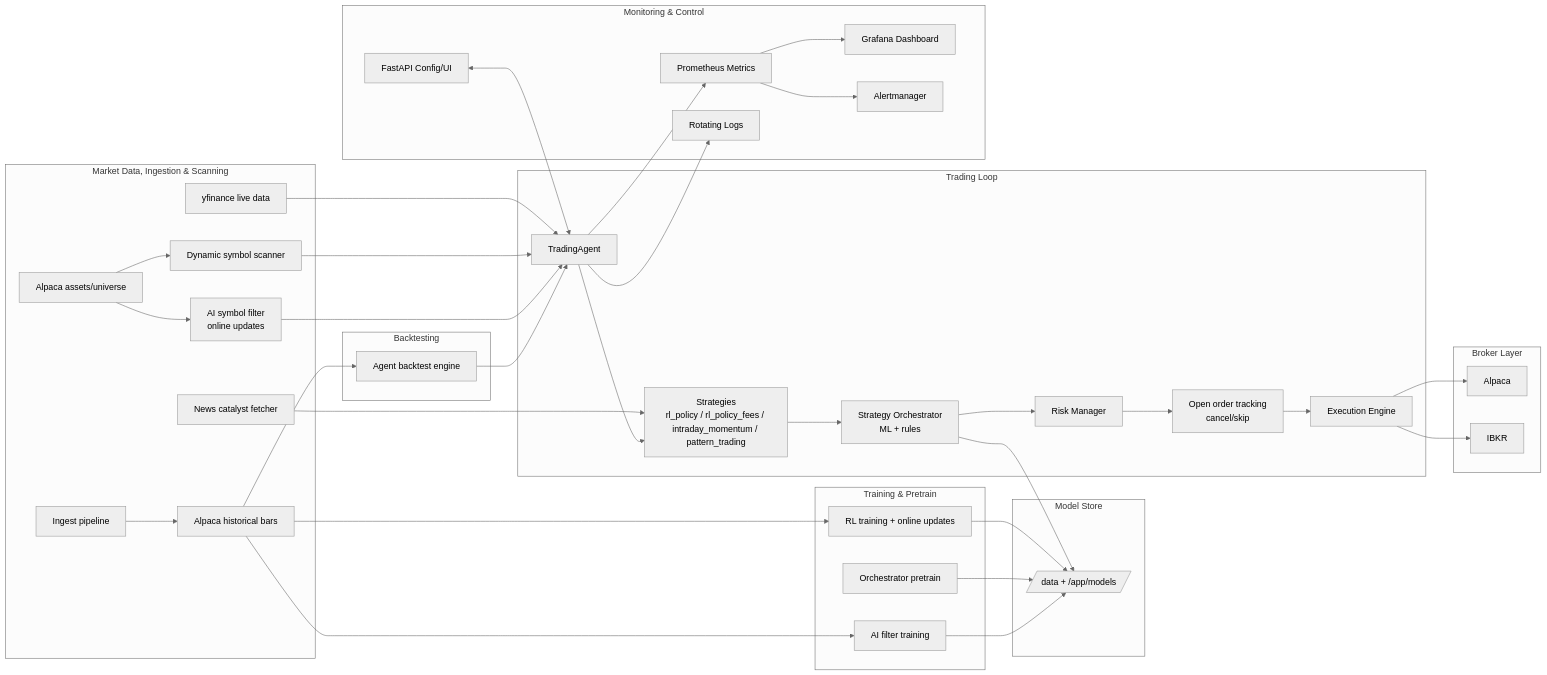
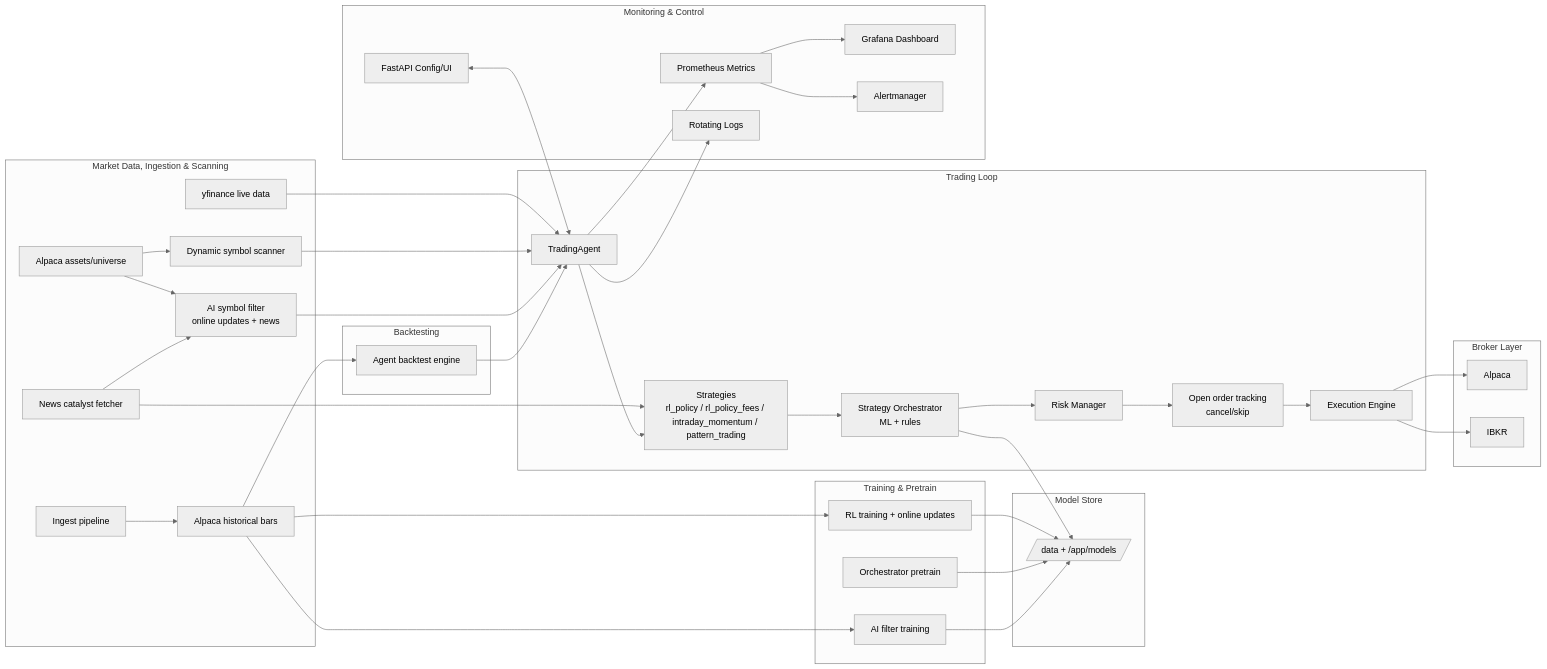
The diagram in README.md (ilfrick/Fricktrade), drawn with Mermaid (neutral theme) before and after one commit. The commit also changed other lines of this file and 2 other files, not shown here.

Commit message:
Update architecture diagram for news-aware AI filter

````diff
--- a/README.md
+++ b/README.md
@@ -29,64 +29,65 @@
 ```mermaid
 flowchart LR
     subgraph Data["Market Data, Ingestion & Scanning"]
         YF[yfinance live data]
         AlpacaBars[Alpaca historical bars]
         AlpacaAssets[Alpaca assets/universe]
         Ingest[Ingest pipeline]
         Scan[Dynamic symbol scanner]
-        AIFilter[AI symbol filter<br/>online updates]
+        AIFilter[AI symbol filter<br/>online updates + news]
         News[News catalyst fetcher]
     end
     subgraph Models["Model Store"]
         ModelStore[/data + /app/models/]
     end
     subgraph Core["Trading Loop"]
         Trader[TradingAgent]
         Strat[Strategies<br/>rl_policy / rl_policy_fees / intraday_momentum / pattern_trading]
         Orchestrator[Strategy Orchestrator<br/>ML + rules]
         Risk[Risk Manager]
         Exec[Execution Engine]
         Orders[Open order tracking<br/>cancel/skip]
     end
     subgraph Training["Training & Pretrain"]
         RLTrain[RL training + online updates]
         OrchPretrain[Orchestrator pretrain]
         AIFilterTrain[AI filter training]
     end
     subgraph Backtest["Backtesting"]
         AgentBT[Agent backtest engine]
     end
     subgraph Broker["Broker Layer"]
         Alpaca[Alpaca]
         IBKR[IBKR]
     end
     subgraph Observability["Monitoring & Control"]
         Metrics[Prometheus Metrics]
         Grafana[Grafana Dashboard]
         Alerting[Alertmanager]
         API[FastAPI Config/UI]
         Logs[Rotating Logs]
     end
 
     YF --> Trader
     AlpacaBars --> RLTrain
     AlpacaBars --> AgentBT
     AlpacaBars --> AIFilterTrain
     AlpacaAssets --> Scan
     AlpacaAssets --> AIFilter
     Scan --> Trader
     AIFilter --> Trader
     News --> Strat
+    News --> AIFilter
     Ingest --> AlpacaBars
     RLTrain --> ModelStore
     OrchPretrain --> ModelStore
     AIFilterTrain --> ModelStore
     Trader --> Strat --> Orchestrator --> Risk --> Orders --> Exec --> Alpaca
     Exec --> IBKR
     Orchestrator --> ModelStore
     AgentBT --> Trader
     Trader --> Metrics --> Grafana
     Metrics --> Alerting
     Trader --> Logs
     API <--> Trader
 ```
````
